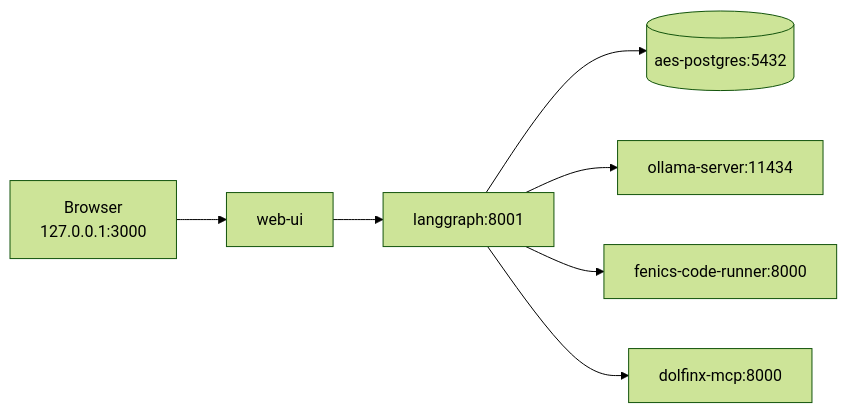
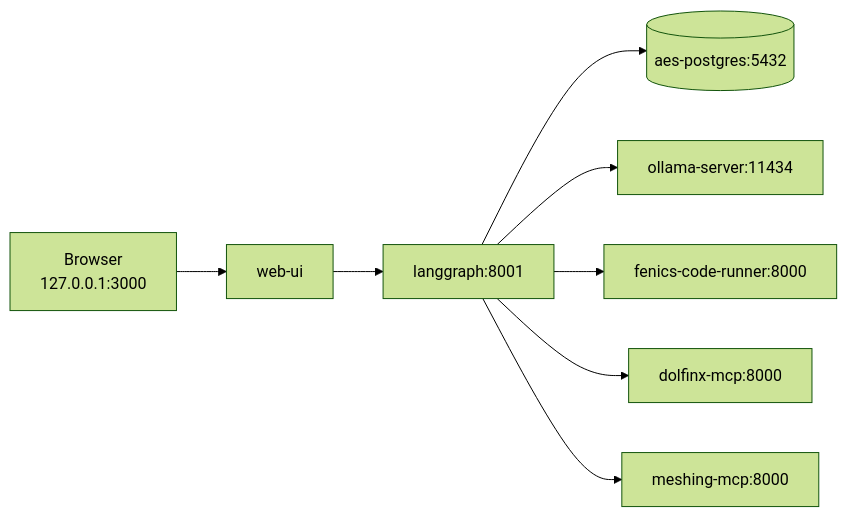
The fourth of 4 diagrams in deploy/architecture.md (RadmirG/AES), drawn with Mermaid (forest theme) before and after one commit. The commit also changed other lines of this file and 60 other files, not shown here.

````diff
--- a/deploy/architecture.md
+++ b/deploy/architecture.md
@@ -97,9 +99,10 @@
 ```mermaid
 flowchart LR
     A["Browser<br/>127.0.0.1:3000"] --> B["web-ui"]
     B --> C["langgraph:8001"]
     C --> DB[("aes-postgres:5432")]
     C --> D["ollama-server:11434"]
     C --> E["fenics-code-runner:8000"]
     C --> F["dolfinx-mcp:8000"]
+    C --> G["meshing-mcp:8000"]
 ```
````
